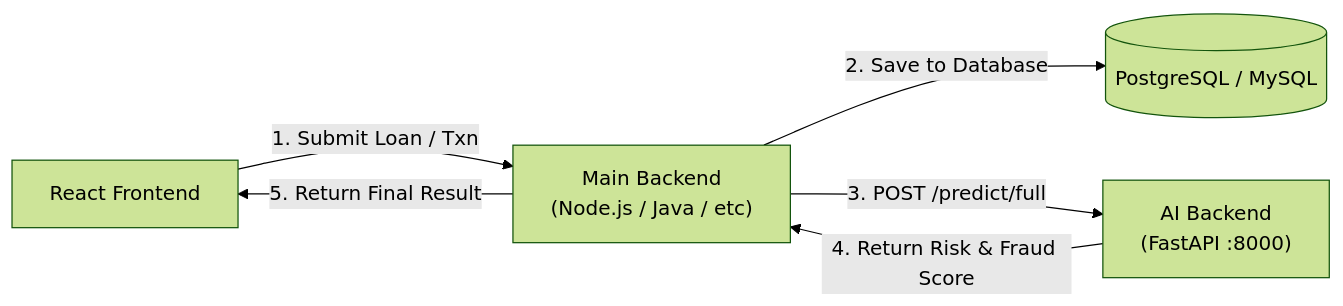
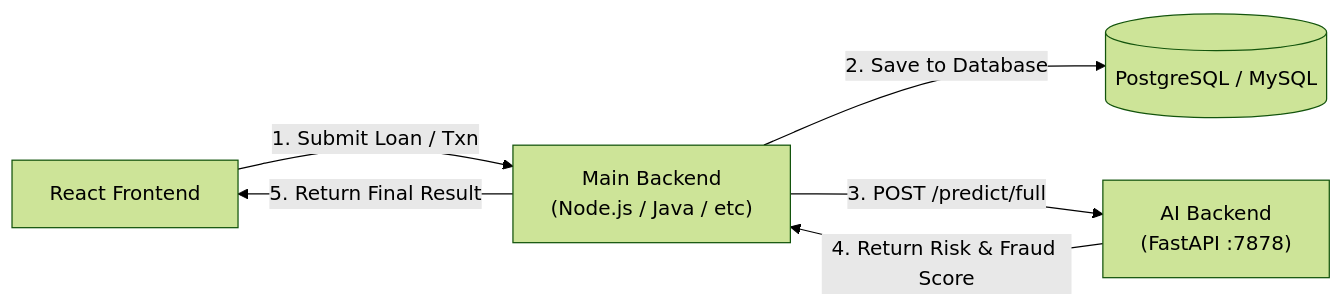
Before and after one commit to Abdoumo/risk-vission: the diagram in AI_Pipeline/backend_integration.md, drawn with Mermaid (forest theme). The commit also changed other lines of this file and 8 other files, not shown here.

````diff
--- a/AI_Pipeline/backend_integration.md
+++ b/AI_Pipeline/backend_integration.md
@@ -9,8 +9,8 @@
 ```mermaid
 graph LR
     A["React Frontend"] -->|1. Submit Loan / Txn| B["Main Backend<br/>(Node.js / Java / etc)"]
     B -->|2. Save to Database| C[("PostgreSQL / MySQL")]
-    B -->|3. POST /predict/full| D["AI Backend<br/>(FastAPI :8000)"]
+    B -->|3. POST /predict/full| D["AI Backend<br/>(FastAPI :7878)"]
     D -->|4. Return Risk & Fraud Score| B
     B -->|5. Return Final Result| A
 ```
````
